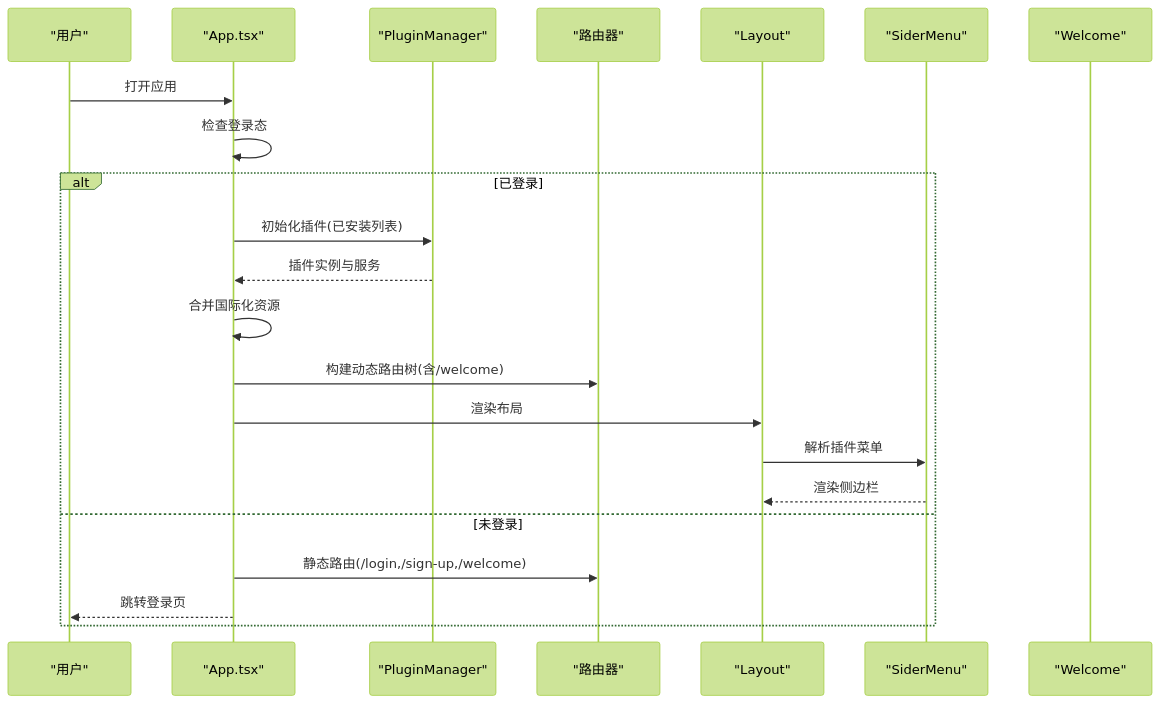
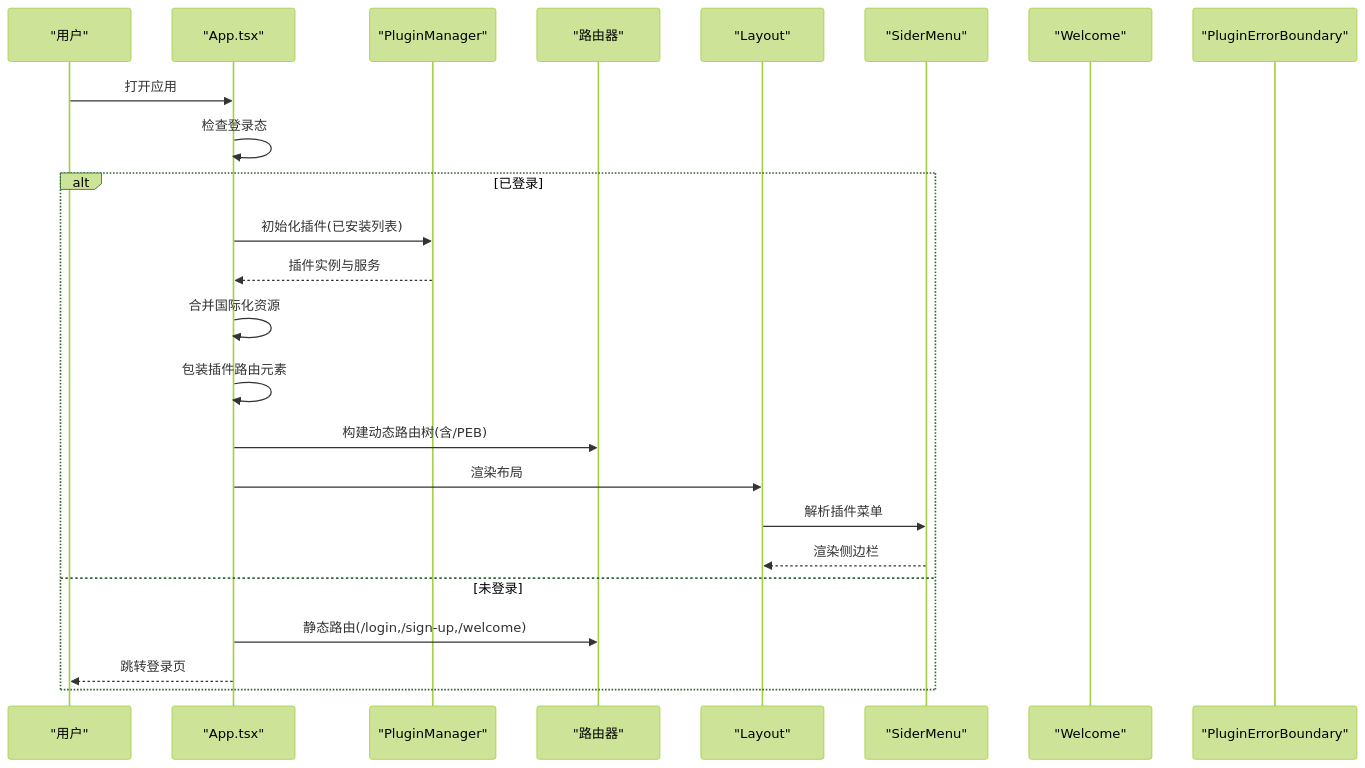
One commit to LRF0422/Kotion changed the second of 11 diagrams in .qoder/repowiki/zh/content/核心模块/应用主组件.md. Above: the diagram before and after it, drawn with Mermaid (forest theme). The commit also changed other lines of this file and 14 other files, not shown here.

````diff
--- a/.qoder/repowiki/zh/content/核心模块/应用主组件.md
+++ b/.qoder/repowiki/zh/content/核心模块/应用主组件.md
@@ -126,24 +153,26 @@
 ```mermaid
 sequenceDiagram
 participant U as "用户"
 participant App as "App.tsx"
 participant PM as "PluginManager"
 participant R as "路由器"
 participant L as "Layout"
 participant SM as "SiderMenu"
 participant W as "Welcome"
+participant PEB as "PluginErrorBoundary"
 U->>App : 打开应用
 App->>App : 检查登录态
 alt 已登录
 App->>PM : 初始化插件(已安装列表)
 PM-->>App : 插件实例与服务
 App->>App : 合并国际化资源
-App->>R : 构建动态路由树(含/welcome)
+App->>App : 包装插件路由元素
+App->>R : 构建动态路由树(含/PEB)
 App->>L : 渲染布局
 L->>SM : 解析插件菜单
 SM-->>L : 渲染侧边栏
 else 未登录
 App->>R : 静态路由(/login,/sign-up,/welcome)
 App-->>U : 跳转登录页
 end
 ```
````
